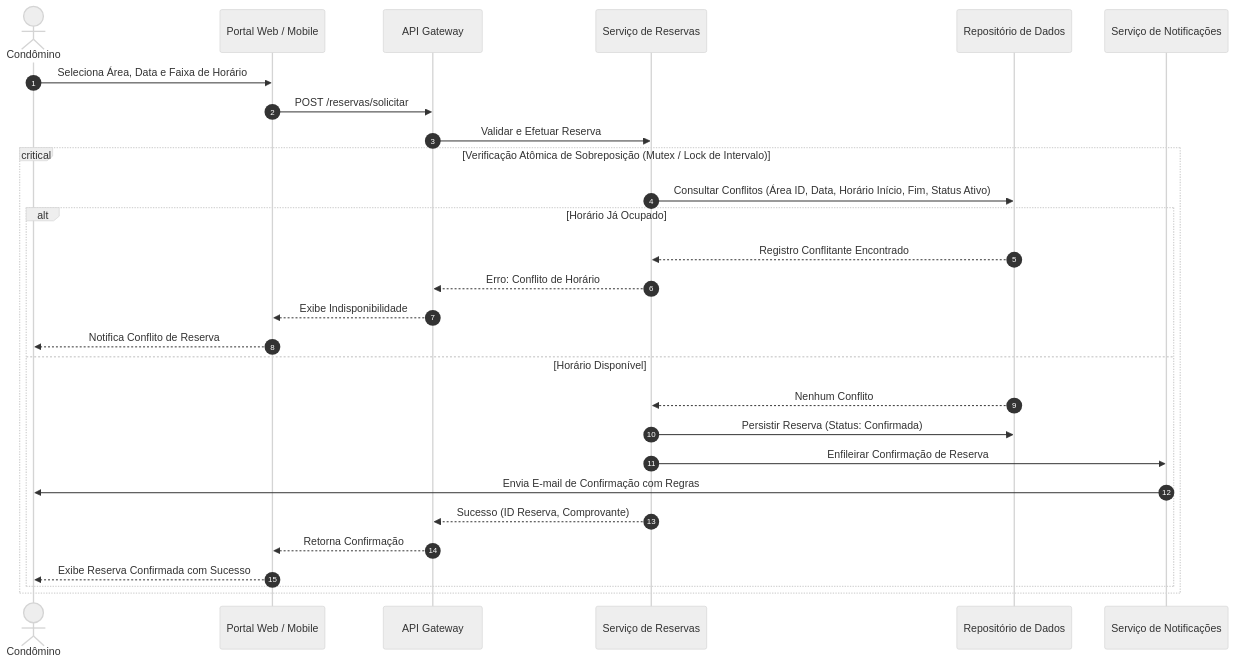
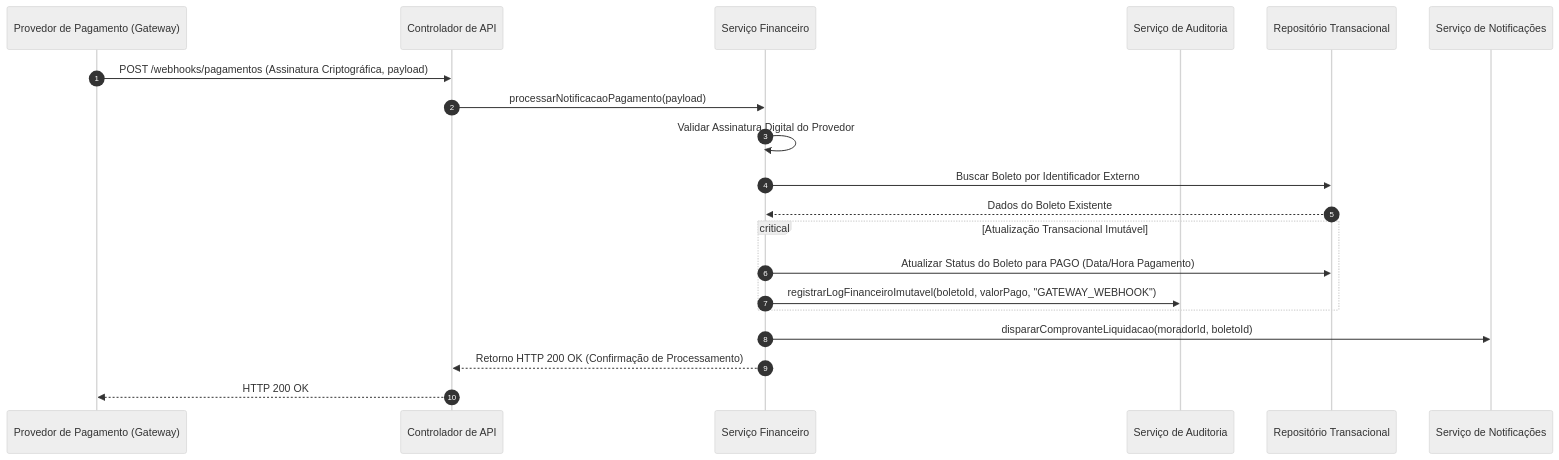
Before and after one commit to PDC-ESIA/AI4ES: the third of 3 diagrams in docs/Time_2_Design/analise-qualitativa/outputs/relatorio_gemini_3_7_flash_M04.md, drawn with Mermaid (neutral theme). The commit also changed other lines of this file and 93 other files, not shown here.

````diff
--- a/docs/Time_2_Design/analise-qualitativa/outputs/relatorio_gemini_3_7_flash_M04.md
+++ b/docs/Time_2_Design/analise-qualitativa/outputs/relatorio_gemini_3_7_flash_M04.md
@@ -152,32 +161,26 @@
 ```mermaid
 sequenceDiagram
     autonumber
-    actor Condomino as Condômino
-    participant Portal as Portal Web / Mobile
-    participant Gateway as API Gateway
-    participant SvcReservas as Serviço de Reservas
-    participant Repositorio as Repositório de Dados
+    participant ExtPay as Provedor de Pagamento (Gateway)
+    participant Gateway as Controlador de API
+    participant SvcFin as Serviço Financeiro
+    participant SvcAudit as Serviço de Auditoria
+    participant Repo as Repositório Transacional
     participant SvcNotif as Serviço de Notificações
 
-    Condomino->>Portal: Seleciona Área, Data e Faixa de Horário
-    Portal->>Gateway: POST /reservas/solicitar
-    Gateway->>SvcReservas: Validar e Efetuar Reserva
+    ExtPay->>Gateway: POST /webhooks/pagamentos (Assinatura Criptográfica, payload)
+    Gateway->>SvcFin: processarNotificacaoPagamento(payload)
     
-    critical Verificação Atômica de Sobreposição (Mutex / Lock de Intervalo)
-        SvcReservas->>Repositorio: Consultar Conflitos (Área ID, Data, Horário Início, Fim, Status Ativo)
-        alt Horário Já Ocupado
-            Repositorio-->>SvcReservas: Registro Conflitante Encontrado
-            SvcReservas-->>Gateway: Erro: Conflito de Horário
-            Gateway-->>Portal: Exibe Indisponibilidade
-            Portal-->>Condomino: Notifica Conflito de Reserva
-        else Horário Disponível
-            Repositorio-->>SvcReservas: Nenhum Conflito
-            SvcReservas->>Repositorio: Persistir Reserva (Status: Confirmada)
-            SvcReservas->>SvcNotif: Enfileirar Confirmação de Reserva
-            SvcNotif->>Condomino: Envia E-mail de Confirmação com Regras
-            SvcReservas-->>Gateway: Sucesso (ID Reserva, Comprovante)
-            Gateway-->>Portal: Retorna Confirmação
-            Portal-->>Condomino: Exibe Reserva Confirmada com Sucesso
-        end
+    SvcFin->>SvcFin: Validar Assinatura Digital do Provedor
+    SvcFin->>Repo: Buscar Boleto por Identificador Externo
+    Repo-->>SvcFin: Dados do Boleto Existente
+
+    critical Atualização Transacional Imutável
+        SvcFin->>Repo: Atualizar Status do Boleto para PAGO (Data/Hora Pagamento)
+        SvcFin->>SvcAudit: registrarLogFinanceiroImutavel(boletoId, valorPago, "GATEWAY_WEBHOOK")
     end
+
+    SvcFin->>SvcNotif: dispararComprovanteLiquidacao(moradorId, boletoId)
+    SvcFin-->>Gateway: Retorno HTTP 200 OK (Confirmação de Processamento)
+    Gateway-->>ExtPay: HTTP 200 OK
 ```
````
